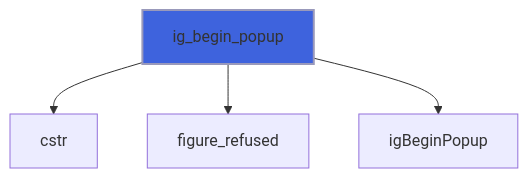
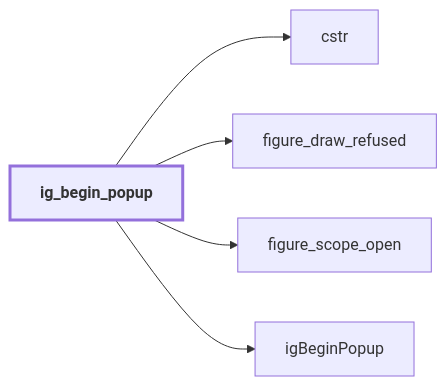
Diagram 14 of 16 in docs/api/src/lib/figure_menu.md (szaghi/figure), drawn with Mermaid before and after one commit. The commit also changed other lines of this file and 54 other files, not shown here.

````diff
--- a/docs/api/src/lib/figure_menu.md
+++ b/docs/api/src/lib/figure_menu.md
@@ -334,7 +443,13 @@
 ```mermaid
-flowchart TD
+flowchart LR
   ig_begin_popup["ig_begin_popup"] --> cstr["cstr"]
-  ig_begin_popup["ig_begin_popup"] --> figure_refused["figure_refused"]
+  ig_begin_popup["ig_begin_popup"] --> figure_draw_refused["figure_draw_refused"]
+  ig_begin_popup["ig_begin_popup"] --> figure_scope_open["figure_scope_open"]
   ig_begin_popup["ig_begin_popup"] --> igBeginPopup["igBeginPopup"]
-  style ig_begin_popup fill:#3e63dd,stroke:#99b,stroke-width:2px
+  classDef focus stroke-width:3px,font-weight:bold
+  class ig_begin_popup focus
+  click figure_draw_refused href "figure_base.html#figure-draw-refused" "figure_draw_refused"
+  click igBeginPopup href "figure_cimgui.html#igbeginpopup" "igBeginPopup"
+  click cstr href "figure_base.html#cstr" "cstr"
+  click figure_scope_open href "figure_base.html#figure-scope-open" "figure_scope_open"
 ```
````
